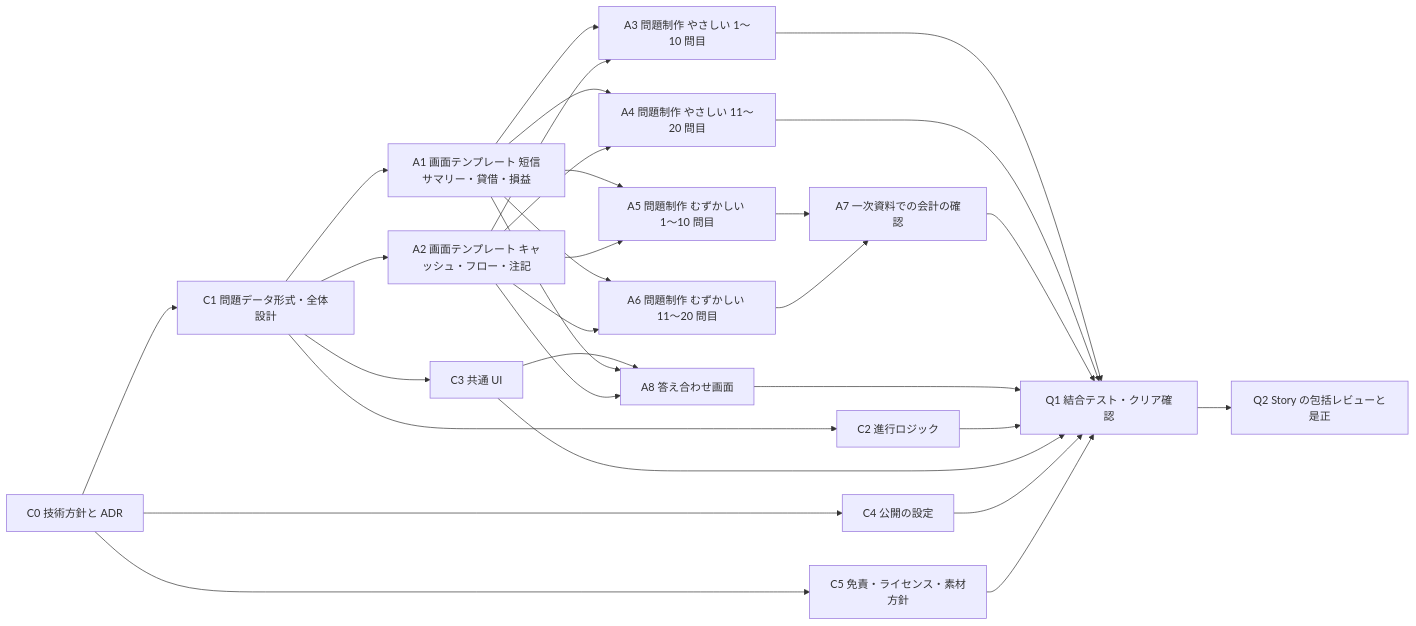
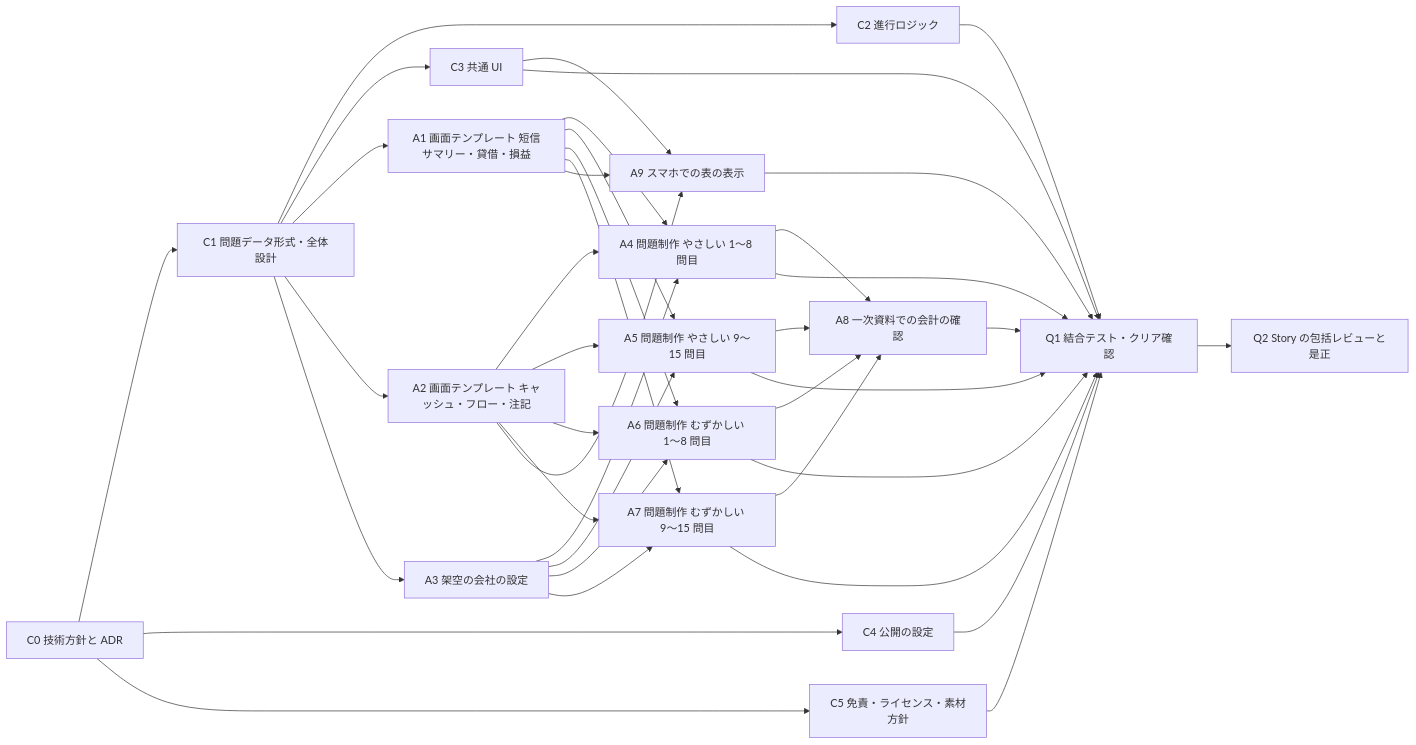
One commit to calliope-pro/kessan-8 changed the first of 3 diagrams in docs/plans/plan-comparison.md. Above: the diagram before and after it, drawn with Mermaid. The commit also changed other lines of this file and 1 other file, not shown here.

````diff
--- a/docs/plans/plan-comparison.md
+++ b/docs/plans/plan-comparison.md
@@ -88,48 +95,58 @@
 ```mermaid
 flowchart LR
   AC0["C0 技術方針と ADR"]
   AC1["C1 問題データ形式・全体設計"]
   AC2["C2 進行ロジック"]
   AC3["C3 共通 UI"]
   AC4["C4 公開の設定"]
   AC5["C5 免責・ライセンス・素材方針"]
   AA1["A1 画面テンプレート 短信サマリー・貸借・損益"]
   AA2["A2 画面テンプレート キャッシュ・フロー・注記"]
-  AA3["A3 問題制作 やさしい 1〜10 問目"]
-  AA4["A4 問題制作 やさしい 11〜20 問目"]
-  AA5["A5 問題制作 むずかしい 1〜10 問目"]
-  AA6["A6 問題制作 むずかしい 11〜20 問目"]
-  AA7["A7 一次資料での会計の確認"]
-  AA8["A8 答え合わせ画面"]
+  AA3["A3 架空の会社の設定"]
+  AA4["A4 問題制作 やさしい 1〜8 問目"]
+  AA5["A5 問題制作 やさしい 9〜15 問目"]
+  AA6["A6 問題制作 むずかしい 1〜8 問目"]
+  AA7["A7 問題制作 むずかしい 9〜15 問目"]
+  AA8["A8 一次資料での会計の確認"]
+  AA9["A9 スマホでの表の表示"]
   AQ1["Q1 結合テスト・クリア確認"]
   AQ2["Q2 Story の包括レビューと是正"]
   AC0 --> AC1
   AC1 --> AC2
   AC1 --> AC3
   AC0 --> AC4
   AC0 --> AC5
   AC1 --> AA1
   AC1 --> AA2
-  AA1 --> AA3
-  AA2 --> AA3
+  AC1 --> AA3
   AA1 --> AA4
   AA2 --> AA4
+  AA3 --> AA4
   AA1 --> AA5
   AA2 --> AA5
+  AA3 --> AA5
   AA1 --> AA6
   AA2 --> AA6
-  AA5 --> AA7
-  AA6 --> AA7
-  AC3 --> AA8
-  AA1 --> AA8
-  AA2 --> AA8
-  AA3 --> AQ1
+  AA3 --> AA6
+  AA1 --> AA7
+  AA2 --> AA7
+  AA3 --> AA7
+  AA4 --> AA8
+  AA5 --> AA8
+  AA6 --> AA8
+  AA7 --> AA8
+  AA1 --> AA9
+  AA2 --> AA9
+  AC3 --> AA9
   AA4 --> AQ1
+  AA5 --> AQ1
+  AA6 --> AQ1
   AA7 --> AQ1
   AA8 --> AQ1
+  AA9 --> AQ1
   AC2 --> AQ1
   AC3 --> AQ1
   AC4 --> AQ1
   AC5 --> AQ1
   AQ1 --> AQ2
 ```
````
